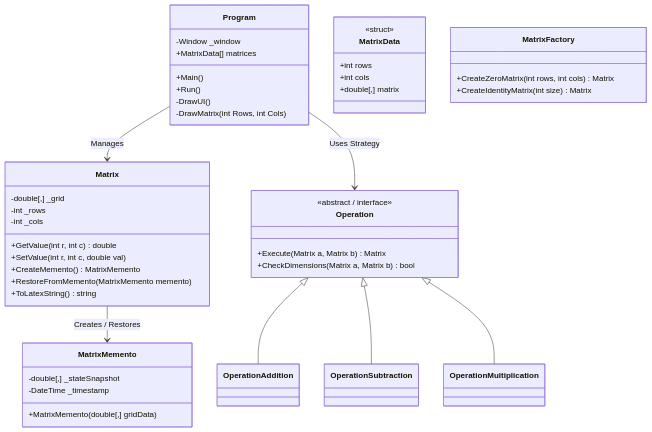
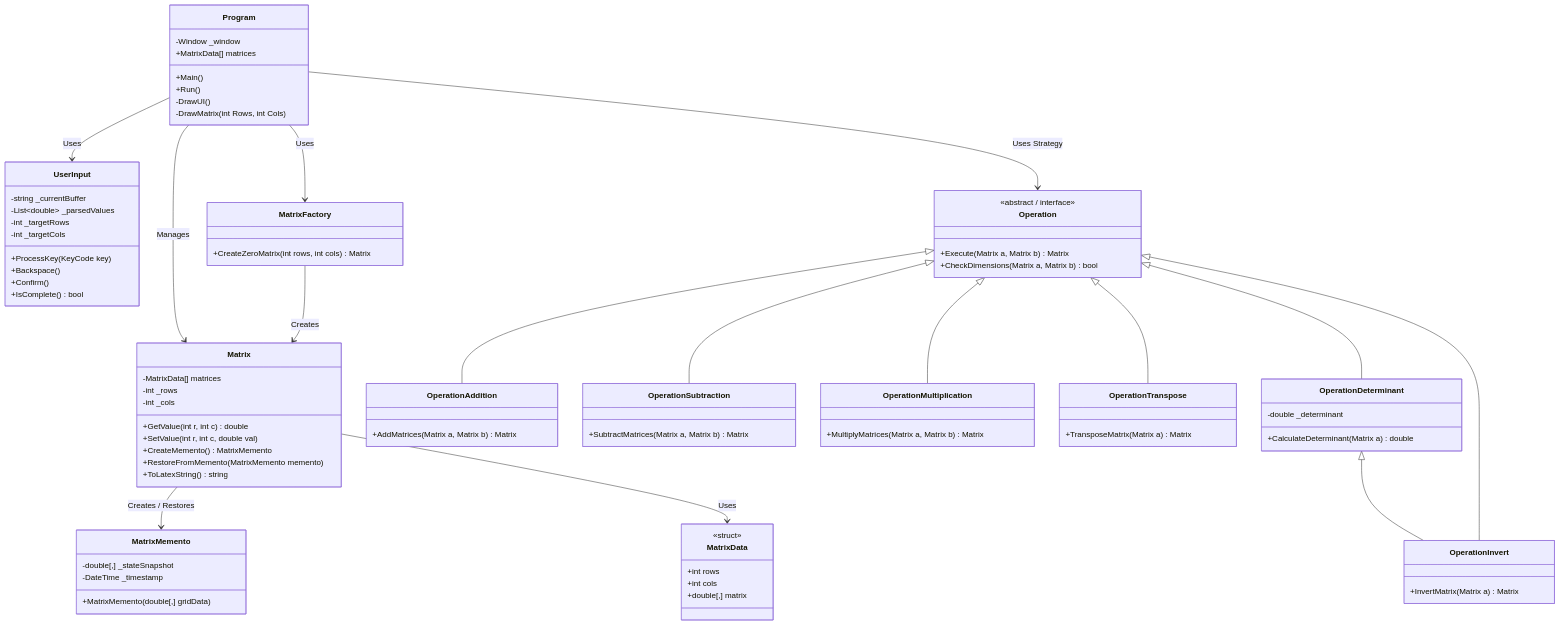
The diagram in UMLclass.md (Puzzl3Mak3r/Matrix-Calculator-Custom-Project), drawn with Mermaid before and after one commit. The commit also changed 4 other files, not shown here.

Commit message:
update on UML diagrams

````diff
--- a/UMLclass.md
+++ b/UMLclass.md
@@ -16,6 +16,17 @@
         -DrawMatrix(int Rows, int Cols)
     }
 
+    class UserInput {
+        -string _currentBuffer
+        -List~double~ _parsedValues
+        -int _targetRows
+        -int _targetCols
+        +ProcessKey(KeyCode key)
+        +Backspace()
+        +Confirm()
+        +IsComplete() bool
+    }
+
     %% Data Structures & Domain
     class MatrixData {
         <<struct>>
@@ -25,7 +36,7 @@
     }
 
     class Matrix {
-        -double[,] _grid
+        -MatrixData[] matrices
         -int _rows
         -int _cols
         +GetValue(int r, int c) double
@@ -43,7 +54,6 @@
 
     class MatrixFactory {
         +CreateZeroMatrix(int rows, int cols) Matrix
-        +CreateIdentityMatrix(int size) Matrix
     }
 
     %% Strategy Pattern for Operations
@@ -53,11 +63,44 @@
         +CheckDimensions(Matrix a, Matrix b) bool
     }
 
+    class OperationAddition {
+        +AddMatrices(Matrix a, Matrix b) Matrix
+    }
+
+    class OperationSubtraction {
+        +SubtractMatrices(Matrix a, Matrix b) Matrix
+    }
+
+    class OperationMultiplication {
+        +MultiplyMatrices(Matrix a, Matrix b) Matrix
+    }
+
+    class OperationTranspose {
+        +TransposeMatrix(Matrix a) Matrix
+    }
+
+    class OperationInvert {
+        +InvertMatrix(Matrix a) Matrix
+    }
+
+    class OperationDeterminant {
+        -double _determinant
+        +CalculateDeterminant(Matrix a) double
+    }    
+
     %% Relationships
     Program --> Matrix : Manages
+    Program --> UserInput : Uses
     Program --> Operation : Uses Strategy
+    Program --> MatrixFactory : Uses
     Matrix --> MatrixMemento : Creates / Restores
+    MatrixFactory --> Matrix : Creates
+    Matrix --> MatrixData : Uses
     Operation <|-- OperationAddition
     Operation <|-- OperationSubtraction
     Operation <|-- OperationMultiplication
+    Operation <|-- OperationTranspose
+    OperationDeterminant <|-- OperationInvert
+    Operation <|-- OperationInvert
+    Operation <|-- OperationDeterminant
 ```
````
